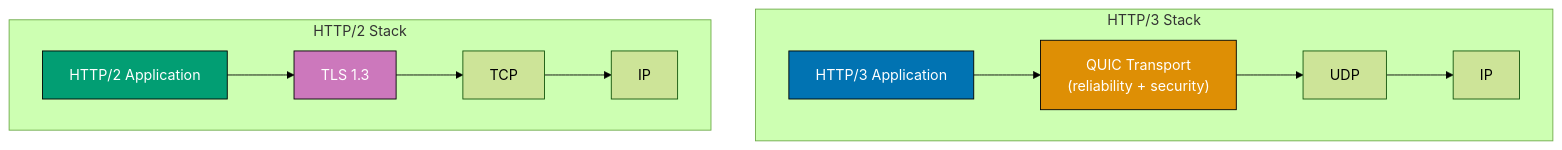
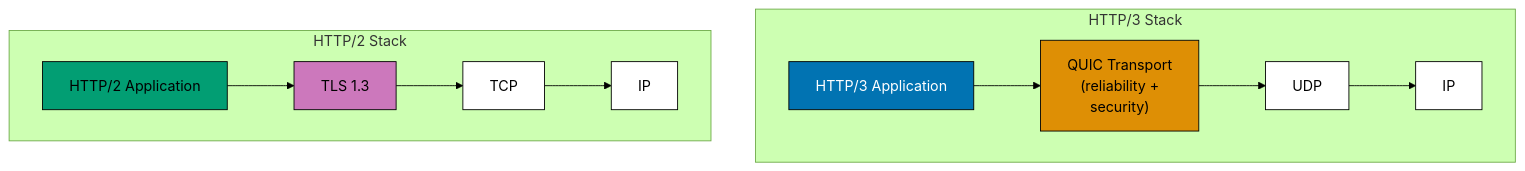
Before and after one commit to wahidyankf/ose-public: the third of 10 diagrams in apps/ayokoding-www/content/en/learn/legacy/software-engineering/networking/by-example/intermediate.md, drawn with Mermaid (forest theme). The commit also changed other lines of this file and 78 other files, not shown here.

First line of the commit message:
fix(mermaid): bring the remaining legacy software-engineering diagrams onto the accessible palette

````diff
--- a/apps/ayokoding-www/content/en/learn/legacy/software-engineering/networking/by-example/intermediate.md
+++ b/apps/ayokoding-www/content/en/learn/legacy/software-engineering/networking/by-example/intermediate.md
@@ -682,24 +694,31 @@
 ```mermaid
 %% Color Palette: Blue #0173B2, Orange #DE8F05, Teal #029E73, Purple #CC78BC, Brown #CA9161
 graph TD
+    accTitle: Example 36: HTTP/3 and QUIC Overview
+    accDescr: Graph with 8 nodes and 6 connections. Nodes: HTTP/3 Application, QUIC Transport (reliability + security), UDP, IP, HTTP/2 Application, TLS 1.3, TCP, IP. Connections: HTTP/3 Application to QUIC Transport (reliability + security), QUIC Transport (reliability + security) to UDP, UDP to IP, HTTP/2 Application to TLS 1.3, TLS 1.3 to TCP, TCP to IP.
     subgraph HTTP3Stack["HTTP/3 Stack"]
         A3["HTTP/3 Application"]
-        B3["QUIC Transport<br/>(reliability + security)"]
+        B3["QUIC Transport<br/>(reliability +<br/>security)"]
         C3["UDP"]
         D3["IP"]
     end
     subgraph HTTP2Stack["HTTP/2 Stack"]
         A2["HTTP/2 Application"]
         B2["TLS 1.3"]
         C2["TCP"]
         D2["IP"]
     end
 
     A3 --> B3 --> C3 --> D3
     A2 --> B2 --> C2 --> D2
 
-    style A3 fill:#0173B2,stroke:#000,color:#fff
-    style B3 fill:#DE8F05,stroke:#000,color:#fff
-    style A2 fill:#029E73,stroke:#000,color:#fff
-    style B2 fill:#CC78BC,stroke:#000,color:#fff
+    classDef pal-0173B2 fill:#0173B2,stroke:#000000,color:#FFFFFF
+    class A3 pal-0173B2
+    classDef pal-DE8F05 fill:#DE8F05,stroke:#000000,color:#000000
+    class B3 pal-DE8F05
+    classDef pal-029E73 fill:#029E73,stroke:#000000,color:#000000
+    class A2 pal-029E73
+    classDef pal-CC78BC fill:#CC78BC,stroke:#000000,color:#000000
+    class B2 pal-CC78BC
+    classDef default fill:#FFFFFF,stroke:#000000,color:#000000
 ```
````
